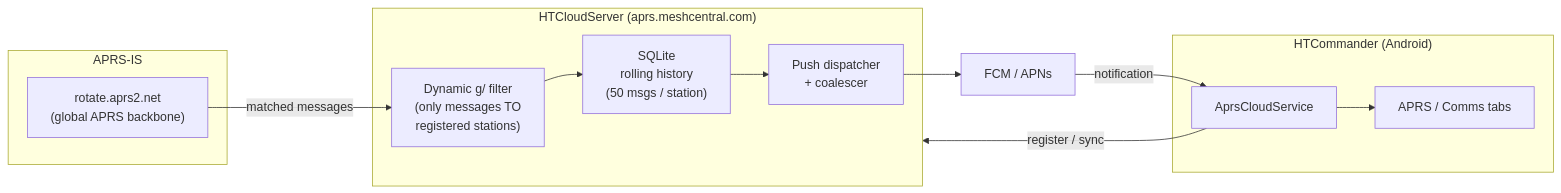
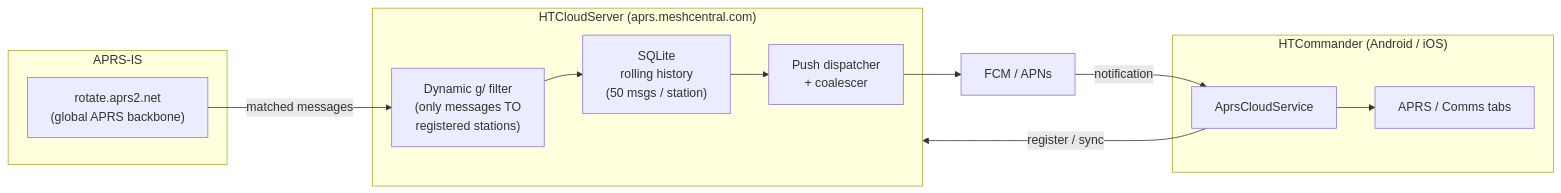
Before and after one commit to Ylianst/HTCommander: the diagram in docs/blogs/push-notifications.md, drawn with Mermaid. The commit also changed other lines of this file and 13 other files, not shown here.

````diff
--- a/docs/blogs/push-notifications.md
+++ b/docs/blogs/push-notifications.md
@@ -39,21 +39,21 @@
 ```mermaid
 flowchart LR
   subgraph Net["APRS-IS"]
     IS["rotate.aprs2.net\n(global APRS backbone)"]
   end
   subgraph Server["HTCloudServer  (aprs.meshcentral.com)"]
     Filter["Dynamic g/ filter\n(only messages TO\nregistered stations)"]
     Store["SQLite\nrolling history\n(50 msgs / station)"]
     Push["Push dispatcher\n+ coalescer"]
   end
-  subgraph Phone["HTCommander (Android)"]
+  subgraph Phone["HTCommander (Android / iOS)"]
     Svc["AprsCloudService"]
     Tabs["APRS / Comms tabs"]
   end
   FCM["FCM / APNs"]
 
   IS -->|matched messages| Filter --> Store
   Store --> Push --> FCM -->|notification| Svc
   Svc -->|register / sync| Server
   Svc --> Tabs
 ```
````
